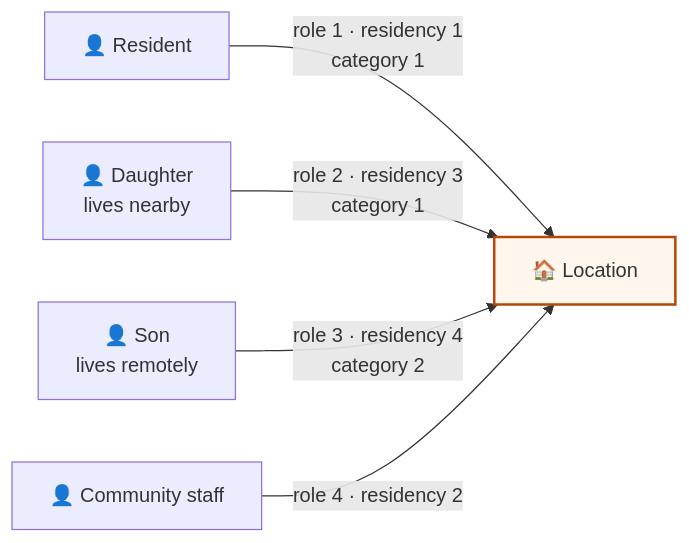
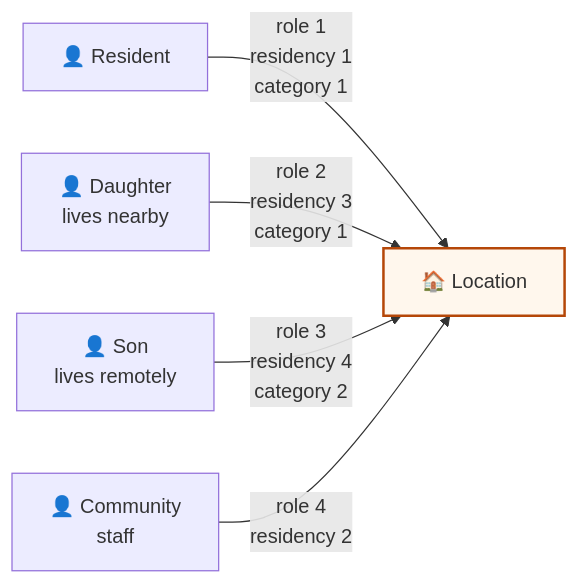
The diagram in concepts/users_and_access.md (CareDailyAI/docs), drawn with Mermaid before and after one commit. The commit also changed 30 other files, not shown here.

First line of the commit message:
Diagrams: wrap every flowchart label to short rows so Chrome stops clipping them

````diff
--- a/concepts/users_and_access.md
+++ b/concepts/users_and_access.md
@@ -9,9 +9,9 @@
 ```mermaid
 flowchart LR
-    U1["👤 Resident"] -->|"role 1 · residency 1<br/>category 1"| L["🏠 Location"]
-    U2["👤 Daughter<br/>lives nearby"] -->|"role 2 · residency 3<br/>category 1"| L
-    U3["👤 Son<br/>lives remotely"] -->|"role 3 · residency 4<br/>category 2"| L
-    U4["👤 Community staff"] -->|"role 4 · residency 2"| L
+    U1["👤 Resident"] -->|"role 1<br/>residency 1<br/>category 1"| L["🏠 Location"]
+    U2["👤 Daughter<br/>lives nearby"] -->|"role 2<br/>residency 3<br/>category 1"| L
+    U3["👤 Son<br/>lives remotely"] -->|"role 3<br/>residency 4<br/>category 2"| L
+    U4["👤 Community<br/>staff"] -->|"role 4<br/>residency 2"| L
 
     style L fill:#fff7ed,stroke:#b54708,stroke-width:2px
 ```
````
